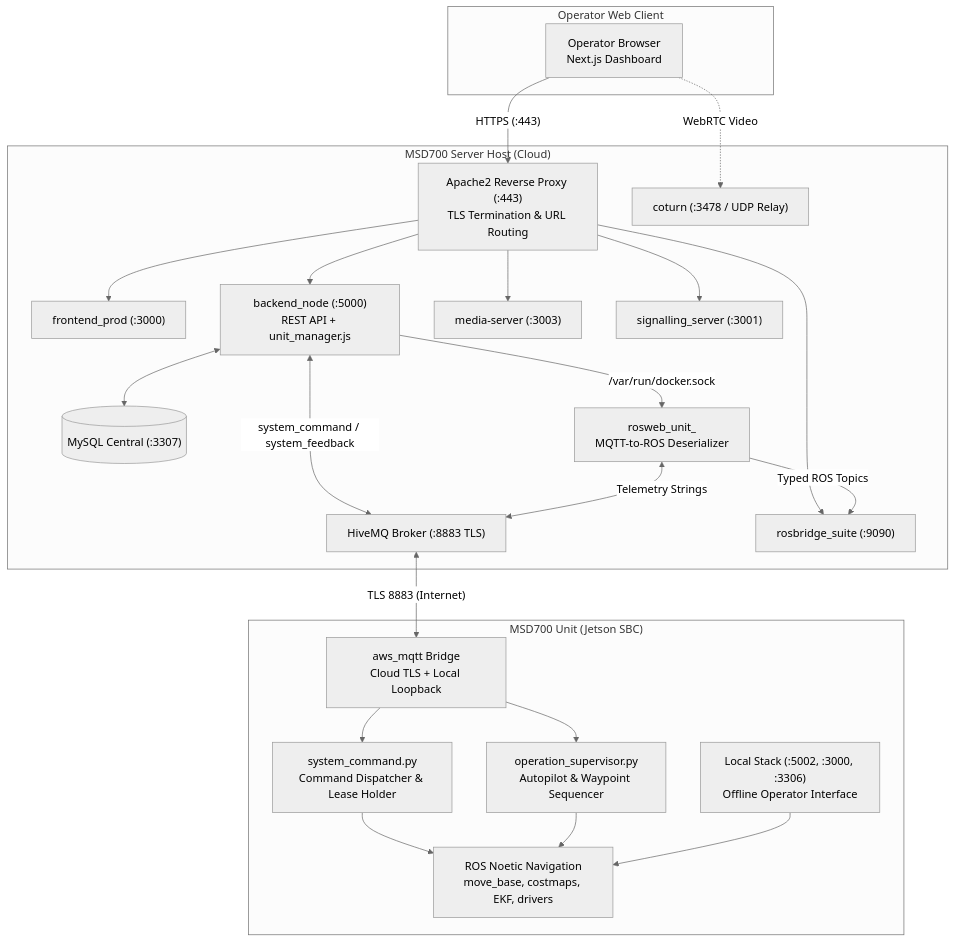
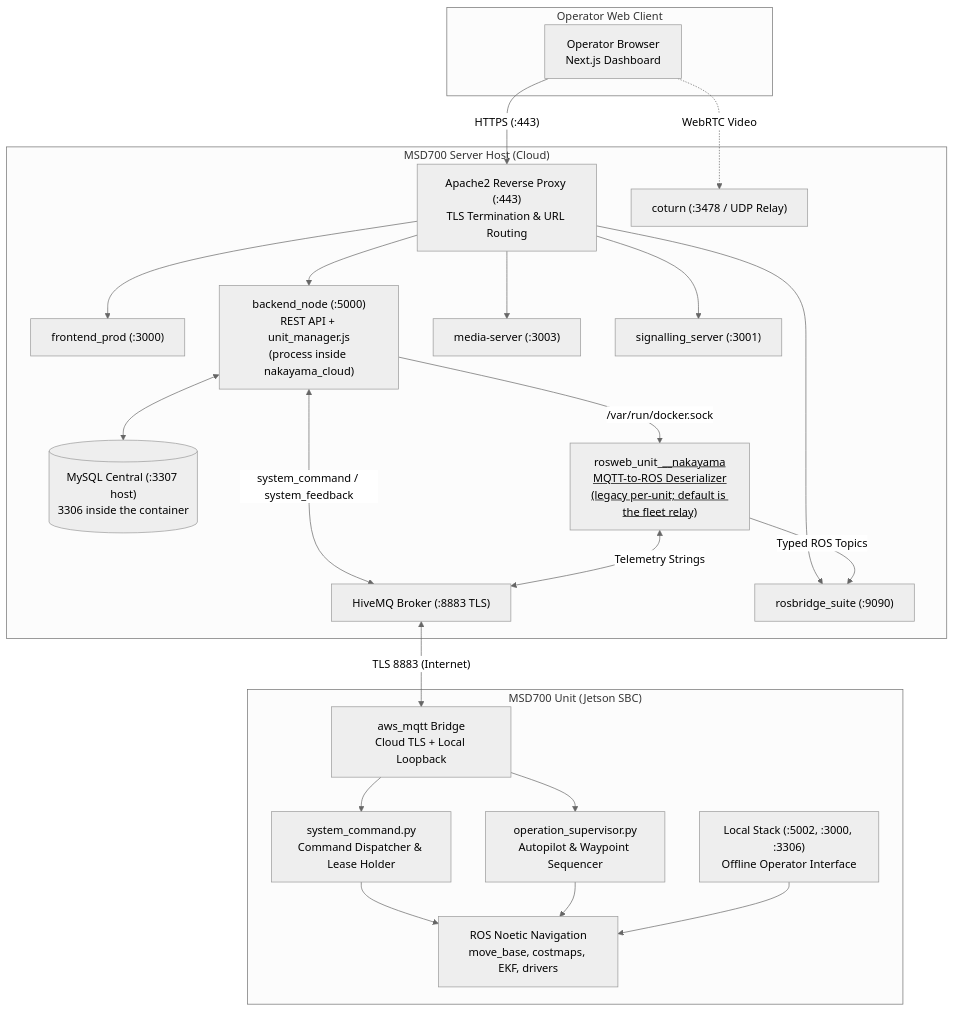
The first of 7 diagrams in docs/development/architecture.md (itbdelaboprogramming/msd700_documentation), drawn with Mermaid (neutral theme) before and after one commit. The commit also changed other lines of this file and 110 other files, not shown here.

````diff
--- a/docs/development/architecture.md
+++ b/docs/development/architecture.md
@@ -51,49 +51,49 @@
 ```mermaid
 flowchart TB
   subgraph Client["Operator Web Client"]
     BROWSER["Operator Browser<br/>Next.js Dashboard"]
   end
 
   subgraph ServerHost["MSD700 Server Host (Cloud)"]
     APACHE["Apache2 Reverse Proxy (:443)<br/>TLS Termination & URL Routing"]
     FE_PROD["frontend_prod (:3000)"]
-    BE_PROD["backend_node (:5000)<br/>REST API + unit_manager.js"]
-    DB_PROD[("MySQL Central (:3307)")]
+    BE_PROD["backend_node (:5000)<br/>REST API + unit_manager.js<br/>(process inside nakayama_cloud)"]
+    DB_PROD[("MySQL Central (:3307 host)<br/>3306 inside the container")]
     HIVEMQ["HiveMQ Broker (:8883 TLS)"]
     ROSBRIDGE["rosbridge_suite (:9090)"]
     MEDIA["media-server (:3003)"]
     SIG["signalling_server (:3001)"]
     COTURN["coturn (:3478 / UDP Relay)"]
-    UNIT_RELAY["rosweb_unit_<ULID><br/>MQTT-to-ROS Deserializer"]
+    UNIT_RELAY["rosweb_unit_<u>_<unit>_nakayama<br/>MQTT-to-ROS Deserializer<br/>(legacy per-unit; default is the fleet relay)"]
   end
 
   subgraph UnitHost["MSD700 Unit (Jetson SBC)"]
     MQTT_BRIDGE["aws_mqtt Bridge<br/>Cloud TLS + Local Loopback"]
     SYS_CMD["system_command.py<br/>Command Dispatcher & Lease Holder"]
     OP_SUP["operation_supervisor.py<br/>Autopilot & Waypoint Sequencer"]
     ROS_NAV["ROS Noetic Navigation<br/>move_base, costmaps, EKF, drivers"]
     LOCAL_STACK["Local Stack (:5002, :3000, :3306)<br/>Offline Operator Interface"]
   end
 
   BROWSER -->|"HTTPS (:443)"| APACHE
   APACHE --> FE_PROD
   APACHE --> BE_PROD
   APACHE --> ROSBRIDGE
   APACHE --> MEDIA
   APACHE --> SIG
   BROWSER -.->|"WebRTC Video"| COTURN
 
   BE_PROD <--> DB_PROD
   BE_PROD -->|"/var/run/docker.sock"| UNIT_RELAY
   BE_PROD <-->|"system_command / system_feedback"| HIVEMQ
 
   HIVEMQ <-->|"TLS 8883 (Internet)"| MQTT_BRIDGE
   UNIT_RELAY <-->|"Telemetry Strings"| HIVEMQ
   UNIT_RELAY -->|"Typed ROS Topics"| ROSBRIDGE
 
   MQTT_BRIDGE --> SYS_CMD
   MQTT_BRIDGE --> OP_SUP
   SYS_CMD --> ROS_NAV
   OP_SUP --> ROS_NAV
   LOCAL_STACK --> ROS_NAV
 ```
````
